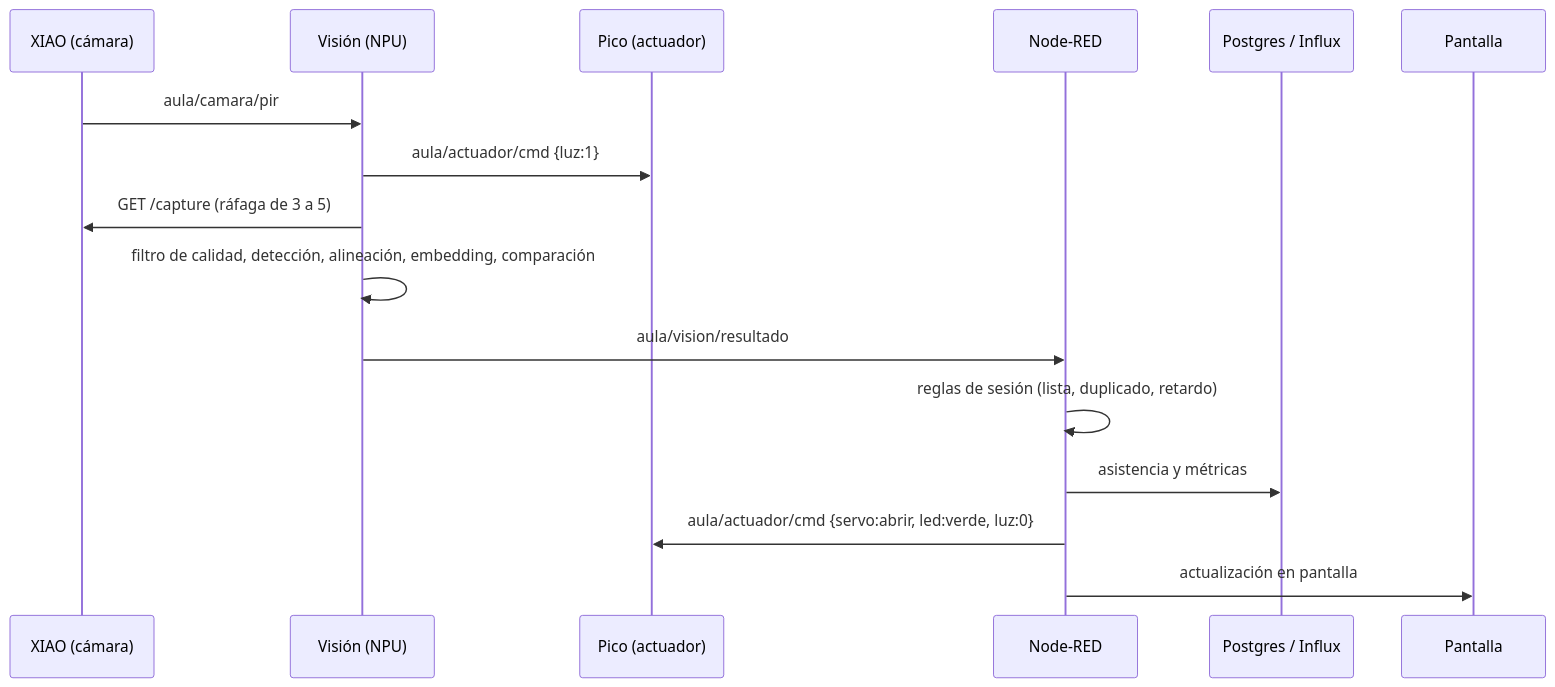
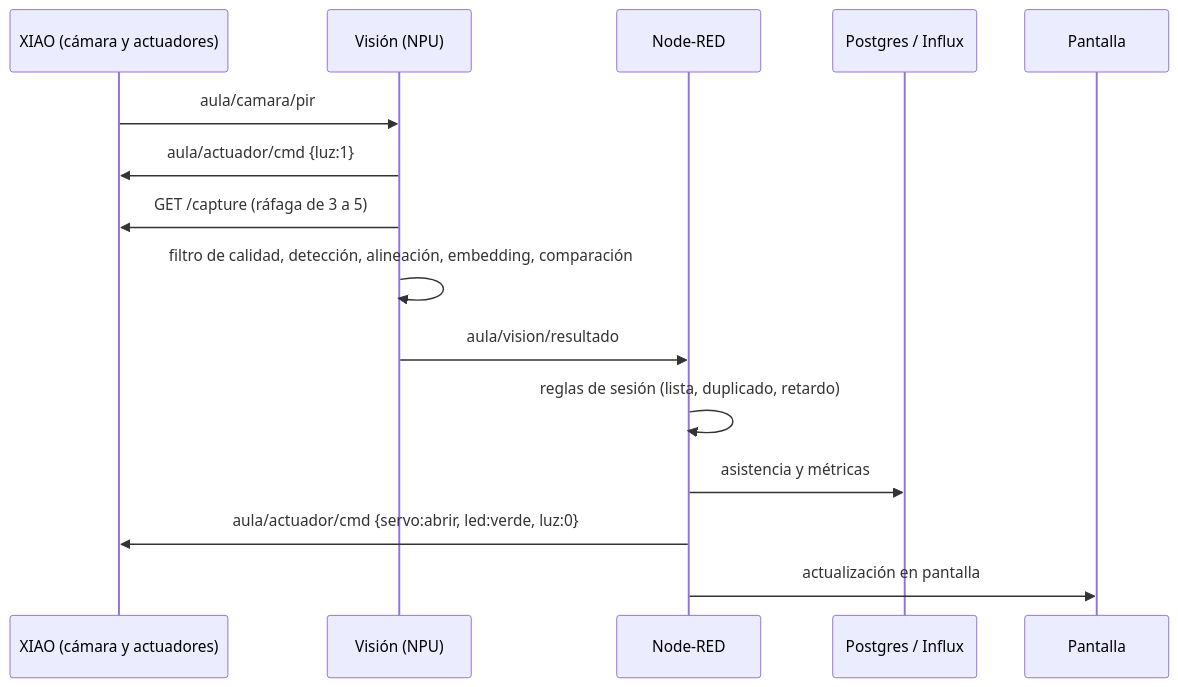
The second of 3 diagrams in docs/HIGH-LEVEL-PLAN.md (GustavoVaAsc/AutoList), drawn with Mermaid before and after one commit. The commit also changed other lines of this file and 2 other files, not shown here.

First line of the commit message:
docs(plan): Consolido los actuadores en la XIAO ESP32S3 y retiro la Pico 2 W

````diff
--- a/docs/HIGH-LEVEL-PLAN.md
+++ b/docs/HIGH-LEVEL-PLAN.md
@@ -91,19 +89,18 @@
 ```mermaid
 sequenceDiagram
-  participant X as XIAO (cámara)
+  participant X as XIAO (cámara y actuadores)
   participant V as Visión (NPU)
-  participant P as Pico (actuador)
   participant N as Node-RED
   participant D as Postgres / Influx
   participant L as Pantalla
 
   X->>V: aula/camara/pir
-  V->>P: aula/actuador/cmd {luz:1}
+  V->>X: aula/actuador/cmd {luz:1}
   V->>X: GET /capture (ráfaga de 3 a 5)
   V->>V: filtro de calidad, detección, alineación, embedding, comparación
   V->>N: aula/vision/resultado
   N->>N: reglas de sesión (lista, duplicado, retardo)
   N->>D: asistencia y métricas
-  N->>P: aula/actuador/cmd {servo:abrir, led:verde, luz:0}
+  N->>X: aula/actuador/cmd {servo:abrir, led:verde, luz:0}
   N->>L: actualización en pantalla
 ```
````
